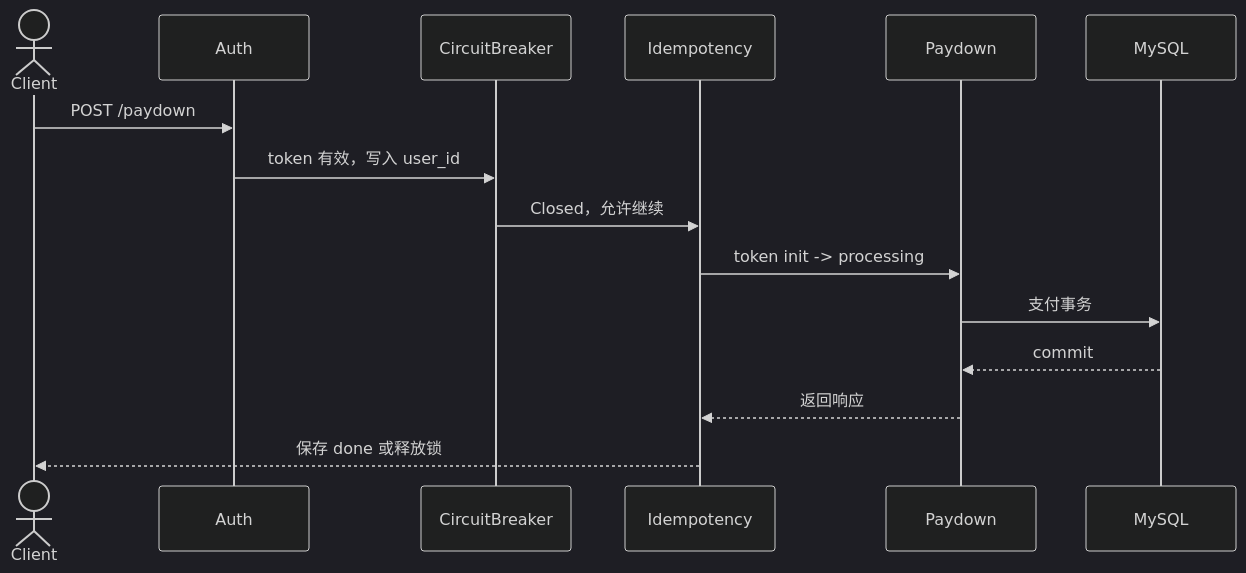
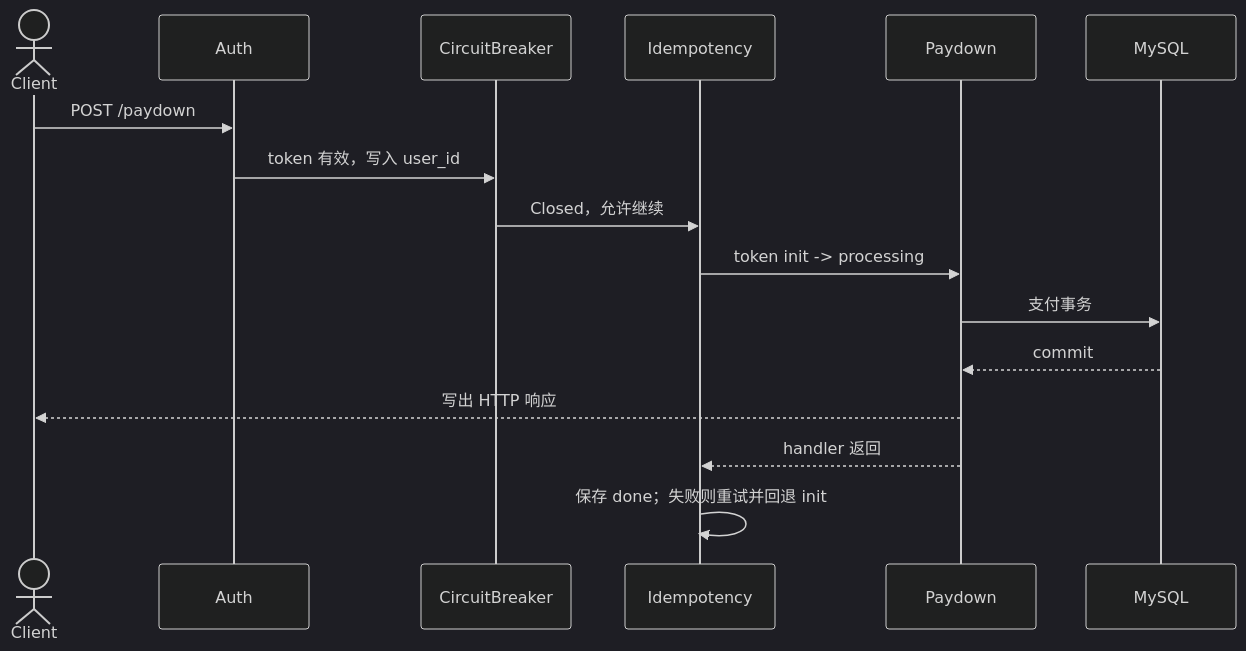
The first of 3 diagrams in docs/lecture/02-payment-resilience.md (RedInn7/gomall), drawn with Mermaid (dark theme) before and after one commit. The commit also changed other lines of this file, not shown here.

````diff
--- a/docs/lecture/02-payment-resilience.md
+++ b/docs/lecture/02-payment-resilience.md
@@ -109,18 +105,19 @@
 ```mermaid
 sequenceDiagram
     actor C as Client
     participant A as Auth
     participant B as CircuitBreaker
     participant I as Idempotency
     participant H as Paydown
     participant DB as MySQL
 
     C->>A: POST /paydown
     A->>B: token 有效，写入 user_id
     B->>I: Closed，允许继续
     I->>H: token init -> processing
     H->>DB: 支付事务
     DB-->>H: commit
-    H-->>I: 返回响应
-    I-->>C: 保存 done 或释放锁
+    H-->>C: 写出 HTTP 响应
+    H-->>I: handler 返回
+    I->>I: 保存 done；失败则重试并回退 init
 ```
````
